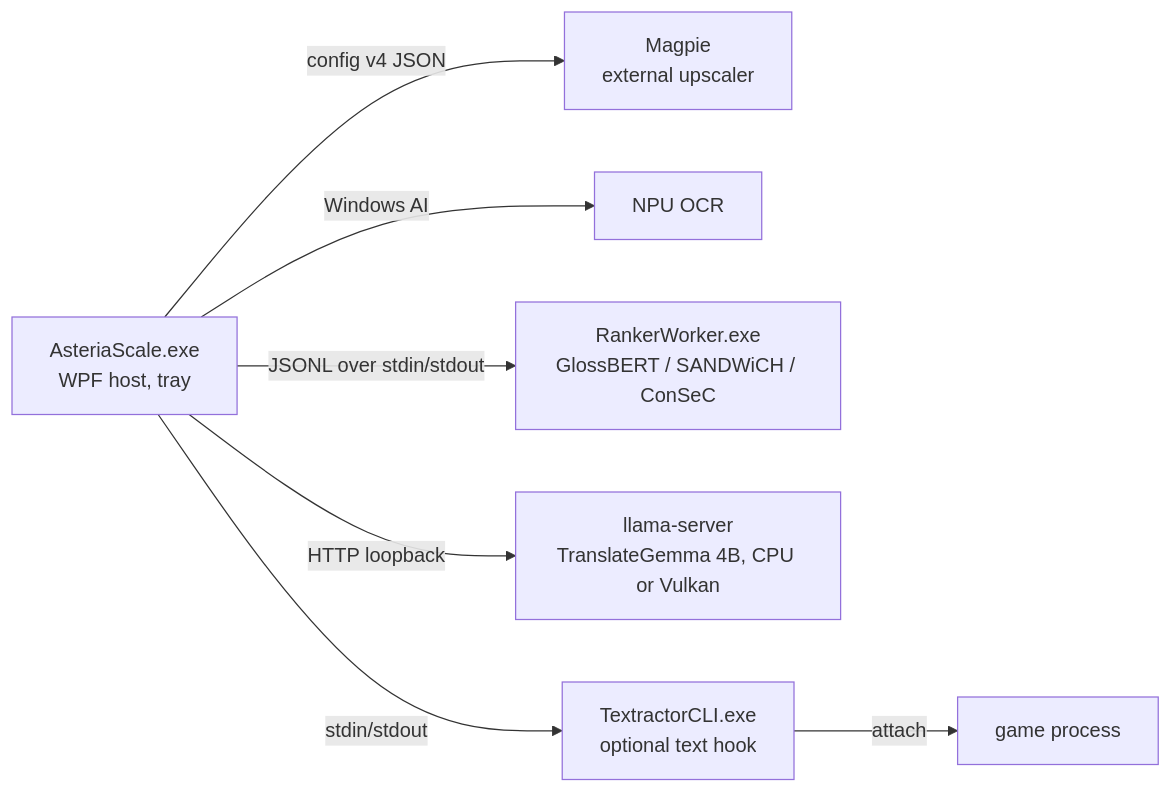
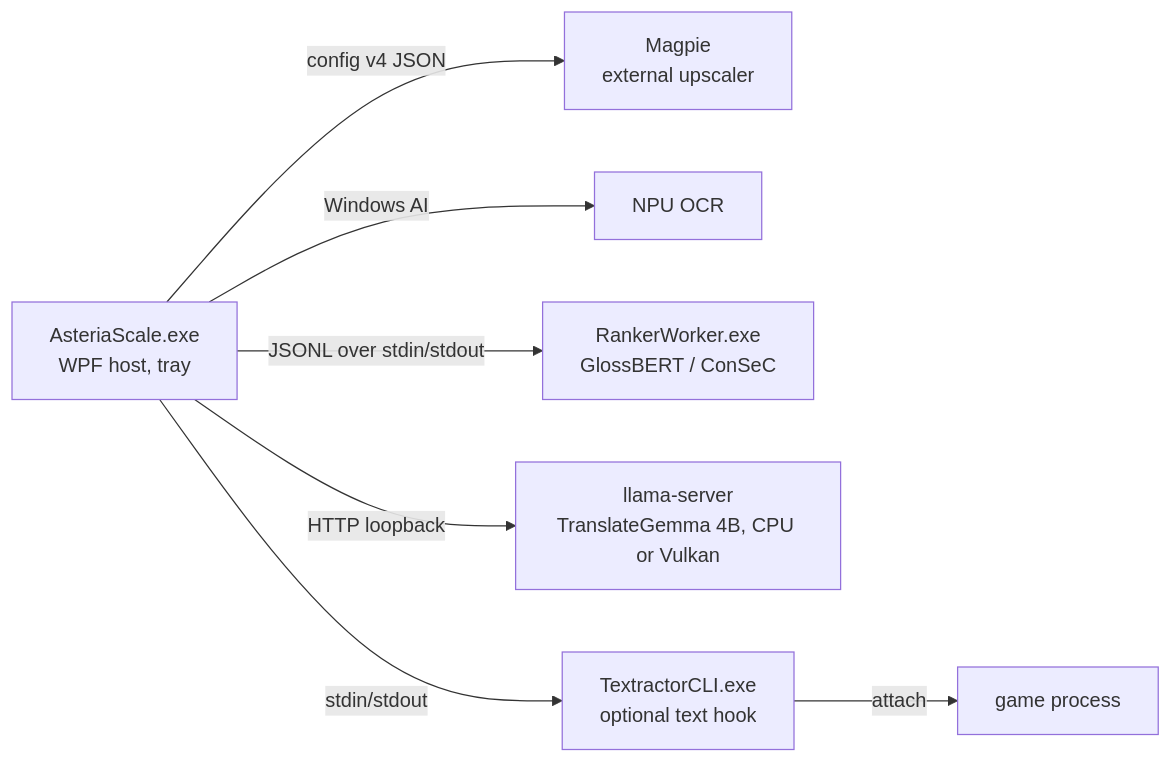
The diagram in README.md (slava8519/AsteriaScale), drawn with Mermaid before and after one commit. The commit also changed other lines of this file and 61 other files, not shown here.

````diff
--- a/README.md
+++ b/README.md
@@ -70,9 +75,9 @@
 ```mermaid
 graph LR
     A[AsteriaScale.exe<br/>WPF host, tray] -->|config v4 JSON| M[Magpie<br/>external upscaler]
     A -->|Windows AI| OCR[NPU OCR]
-    A -->|JSONL over stdin/stdout| R[RankerWorker.exe<br/>GlossBERT / SANDWiCH / ConSeC]
+    A -->|JSONL over stdin/stdout| R[RankerWorker.exe<br/>GlossBERT / ConSeC]
     A -->|HTTP loopback| T[llama-server<br/>TranslateGemma 4B, CPU or Vulkan]
     A -->|stdin/stdout| X[TextractorCLI.exe<br/>optional text hook]
     X -->|attach| G[game process]
 ```
````
